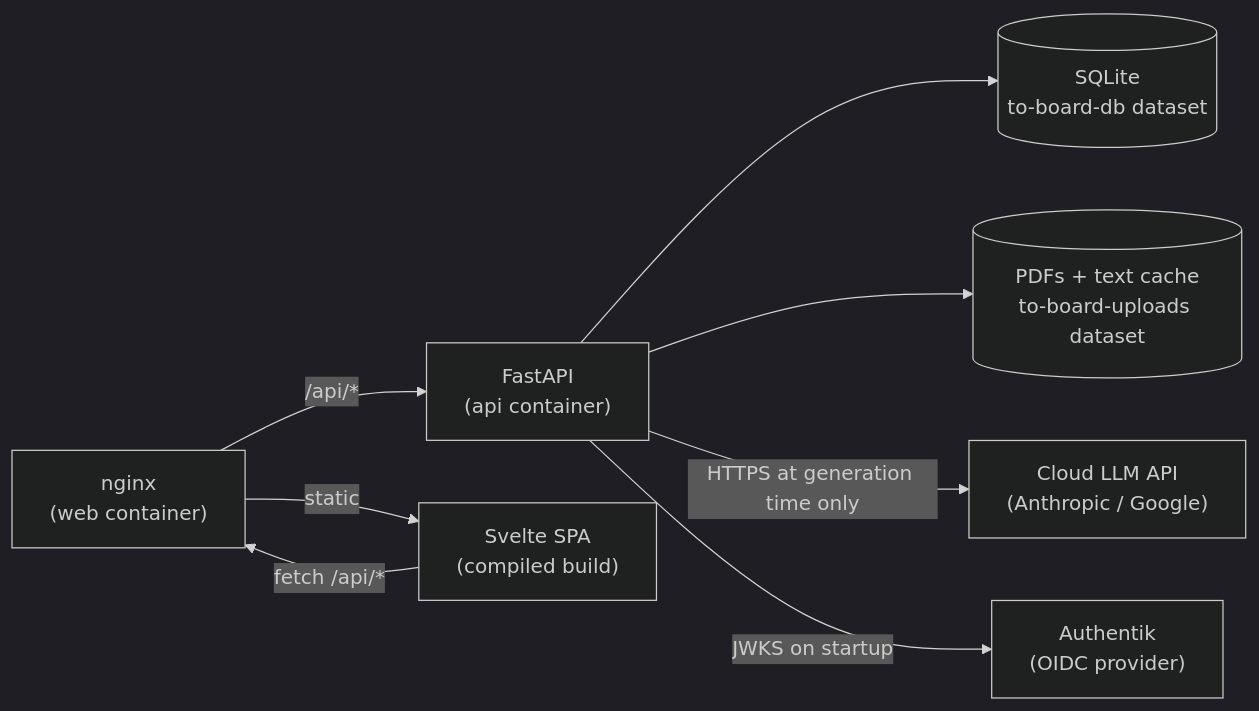
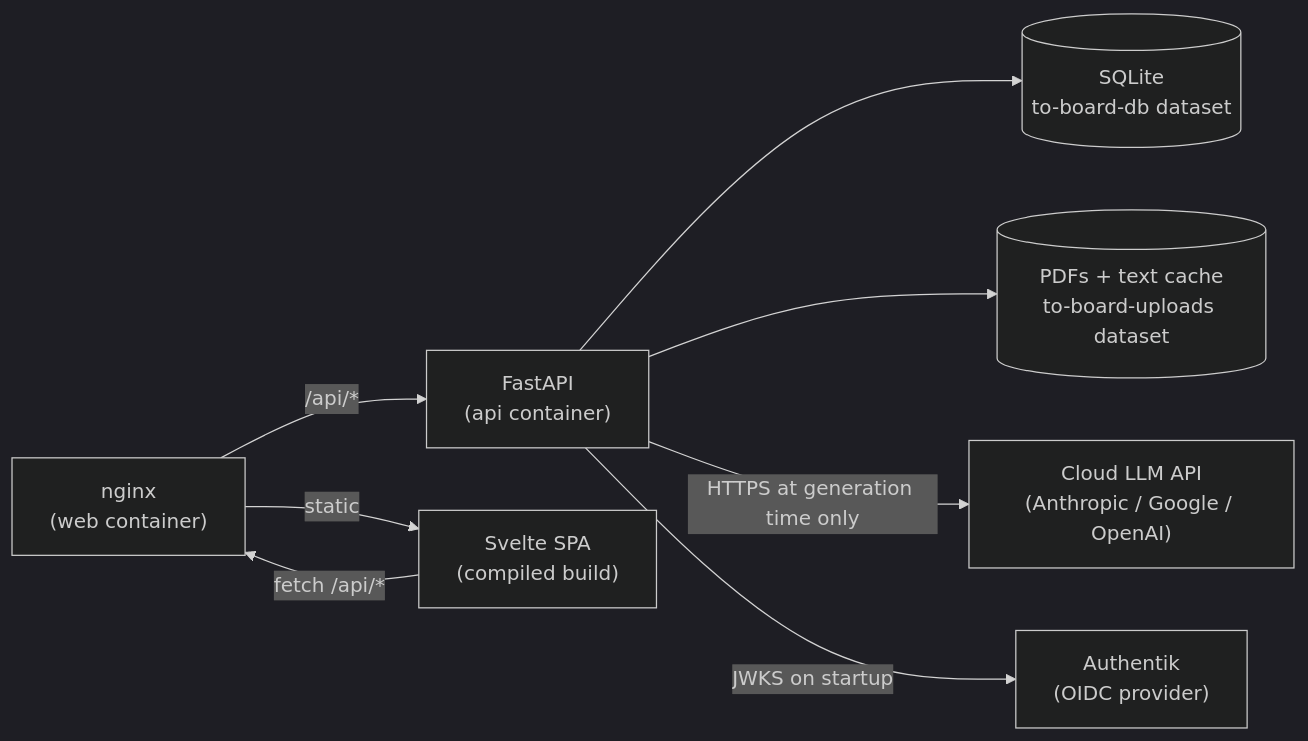
The first of 4 diagrams in _bmad-output/planning-artifacts/architecture/architecture-to-board-2026-09-07/ARCHITECTURE-SPINE.md (strattist/to-board), drawn with Mermaid (dark theme) before and after one commit. The commit also changed other lines of this file and 15 other files, not shown here.

````diff
--- a/_bmad-output/planning-artifacts/architecture/architecture-to-board-2026-09-07/ARCHITECTURE-SPINE.md
+++ b/_bmad-output/planning-artifacts/architecture/architecture-to-board-2026-09-07/ARCHITECTURE-SPINE.md
@@ -41,10 +41,10 @@
 ```mermaid
 graph LR
     nginx["nginx\n(web container)"] -->|"/api/*"| api["FastAPI\n(api container)"]
     nginx -->|"static"| spa["Svelte SPA\n(compiled build)"]
     spa -->|"fetch /api/*"| nginx
     api --> sqlite[("SQLite\nto-board-db dataset")]
     api --> uploads[("PDFs + text cache\nto-board-uploads dataset")]
-    api -->|"HTTPS at generation time only"| llm["Cloud LLM API\n(Anthropic / Google)"]
+    api -->|"HTTPS at generation time only"| llm["Cloud LLM API\n(Anthropic / Google / OpenAI)"]
     api -->|"JWKS on startup"| authentik["Authentik\n(OIDC provider)"]
 ```
````
